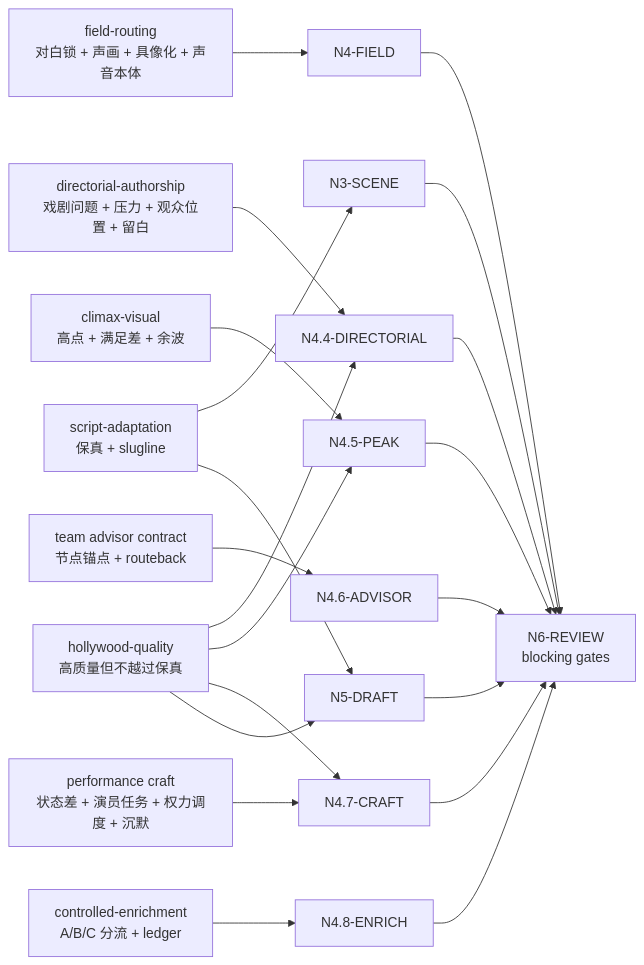
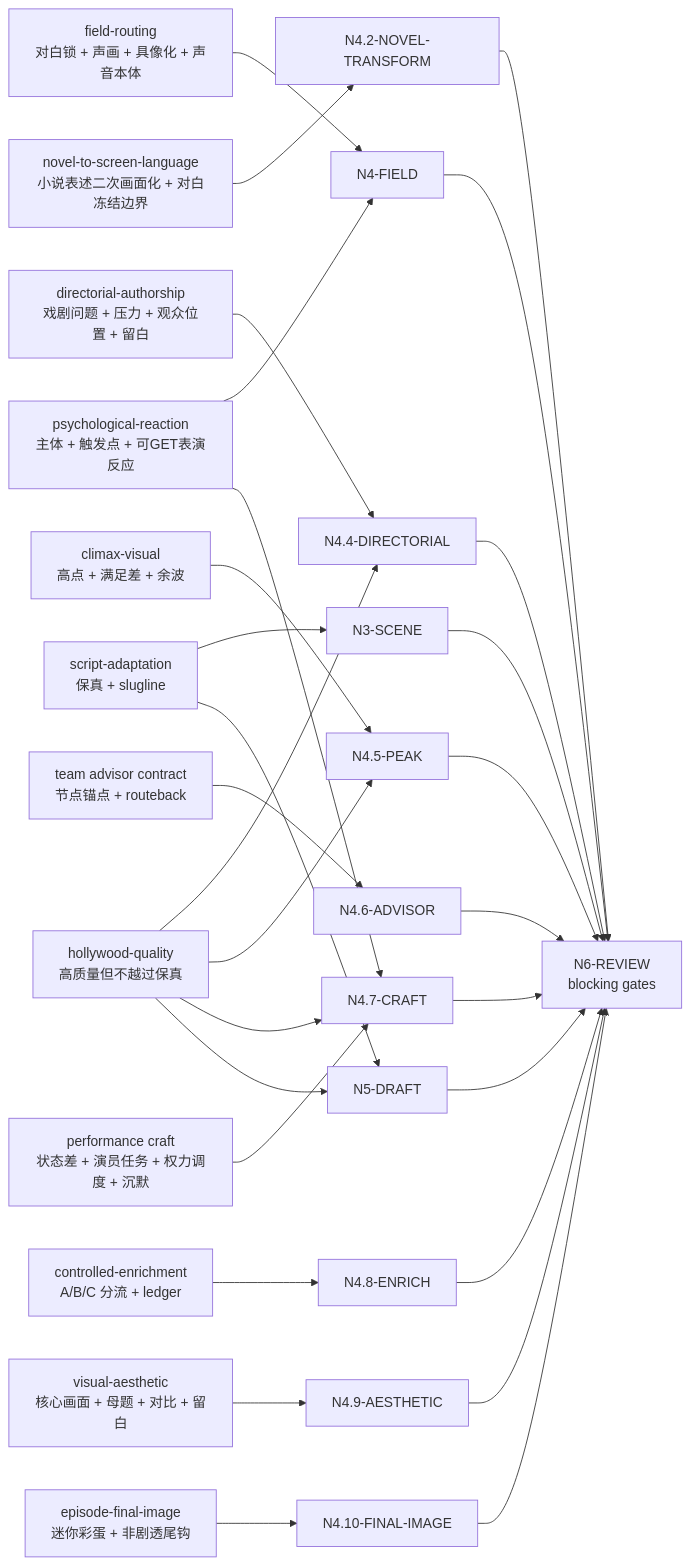
One commit to ZEN-VOID/AI-CUT changed the second of 2 diagrams in .agents/skills/aigc/2-编导/steps/directing-workflow.md. Above: the diagram before and after it, drawn with Mermaid. The commit also changed other lines of this file and 129 other files, not shown here.

````diff
--- a/.agents/skills/aigc/2-编导/steps/directing-workflow.md
+++ b/.agents/skills/aigc/2-编导/steps/directing-workflow.md
@@ -124,23 +160,31 @@
 ```mermaid
 flowchart LR
     SA["script-adaptation\n保真 + slugline"] --> N3["N3-SCENE"]
     SA --> N5["N5-DRAFT"]
     FV["field-routing\n对白锁 + 声画 + 具像化 + 声音本体"] --> N4["N4-FIELD"]
+    PR["psychological-reaction\n主体 + 触发点 + 可GET表演反应"] --> N4
+    PR --> N47
+    NTREF["novel-to-screen-language\n小说表述二次画面化 + 对白冻结边界"] --> N42["N4.2-NOVEL-TRANSFORM"]
     DA["directorial-authorship\n戏剧问题 + 压力 + 观众位置 + 留白"] --> N44["N4.4-DIRECTORIAL"]
     CL["climax-visual\n高点 + 满足差 + 余波"] --> N45["N4.5-PEAK"]
     AD["team advisor contract\n节点锚点 + routeback"] --> N46["N4.6-ADVISOR"]
     PC["performance craft\n状态差 + 演员任务 + 权力调度 + 沉默"] --> N47["N4.7-CRAFT"]
     CE["controlled-enrichment\nA/B/C 分流 + ledger"] --> N48["N4.8-ENRICH"]
+    VA["visual-aesthetic\n核心画面 + 母题 + 对比 + 留白"] --> N49["N4.9-AESTHETIC"]
+    FI["episode-final-image\n迷你彩蛋 + 非剧透尾钩"] --> N410["N4.10-FINAL-IMAGE"]
     HQ["hollywood-quality\n高质量但不越过保真"] --> N44
     HQ --> N45
     HQ --> N47
     HQ --> N5
     N3 --> RV["N6-REVIEW\nblocking gates"]
     N4 --> RV
+    N42 --> RV
     N44 --> RV
     N45 --> RV
     N46 --> RV
     N47 --> RV
     N48 --> RV
+    N49 --> RV
+    N410 --> RV
     N5 --> RV
 ```
````
